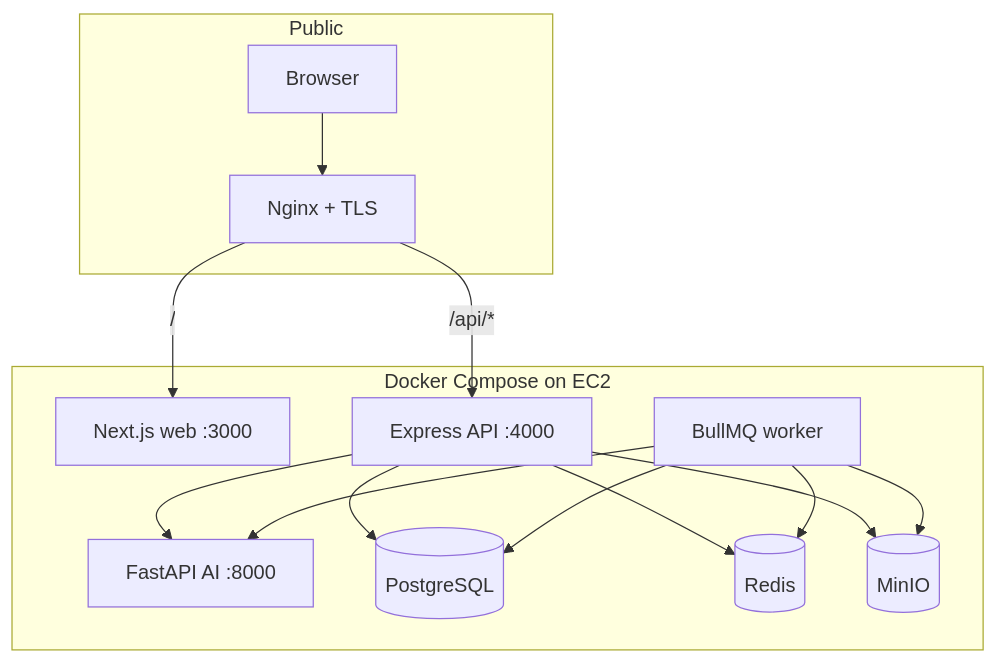
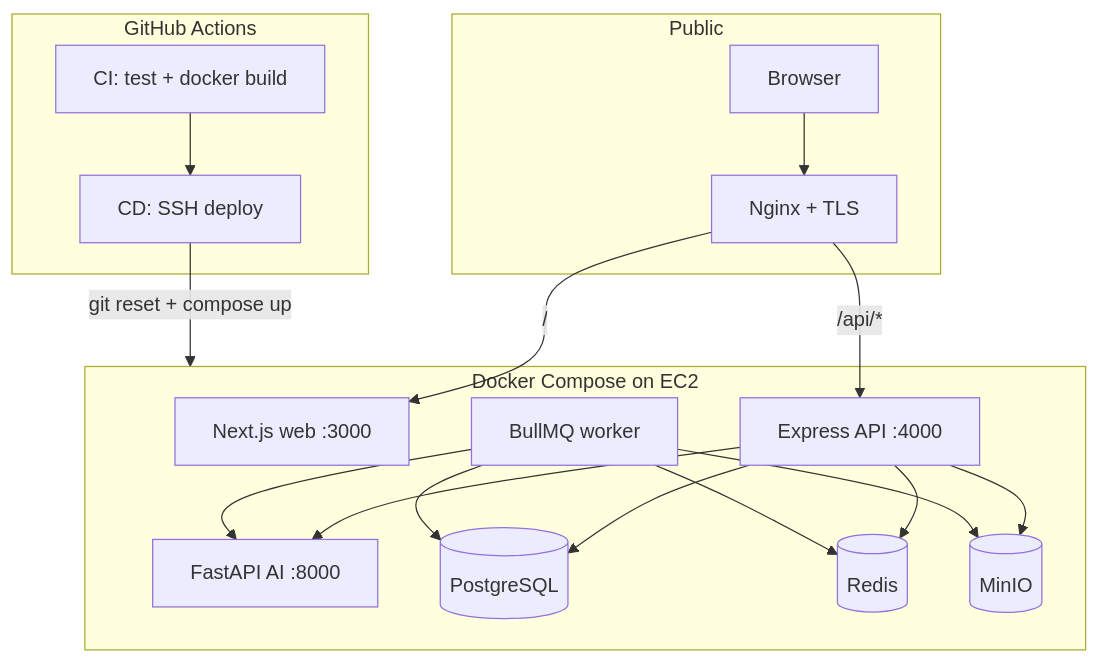
Before and after one commit to Sanketdinkarmore/resumeanalysis: the diagram in README.md, drawn with Mermaid. The commit also changed other lines of this file and 4 other files, not shown here.

````diff
--- a/README.md
+++ b/README.md
@@ -84,29 +99,36 @@
 ```mermaid
 flowchart TB
   subgraph Public
     U[Browser]
     N[Nginx + TLS]
   end
 
   subgraph EC2["Docker Compose on EC2"]
     W[Next.js web :3000]
     A[Express API :4000]
     WK[BullMQ worker]
     AI[FastAPI AI :8000]
     PG[(PostgreSQL)]
     R[(Redis)]
     S3[(MinIO)]
   end
 
+  subgraph GHA["GitHub Actions"]
+    CI[CI: test + docker build]
+    CD[CD: SSH deploy]
+  end
+
   U --> N
   N -->|"/"| W
   N -->|"/api/*"| A
   A --> PG
   A --> R
   A --> S3
   A --> AI
   WK --> R
   WK --> PG
   WK --> S3
   WK --> AI
+  CI --> CD
+  CD -->|git reset + compose up| EC2
 ```
````
